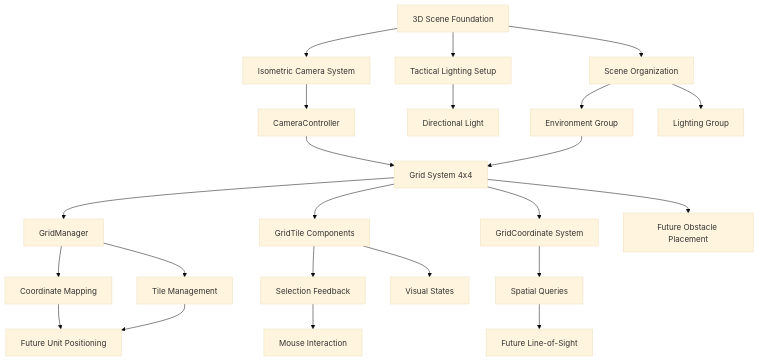
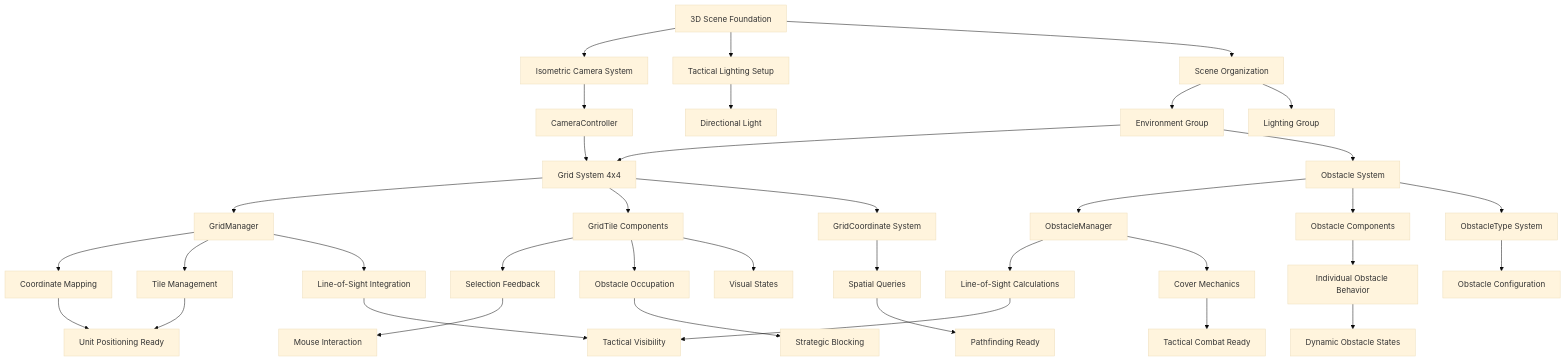
One commit to cautiouskurns/TacticalArena changed the diagram in Assets/Docs/ProjectOverview.md. Above: the diagram before and after it, drawn with Mermaid (base theme). The commit also changed other lines of this file and 94 other files, not shown here.

````diff
--- a/Assets/Docs/ProjectOverview.md
+++ b/Assets/Docs/ProjectOverview.md
@@ -24,25 +30,39 @@
 ```mermaid
 graph TD
     A[3D Scene Foundation] --> B[Isometric Camera System]
     A --> C[Tactical Lighting Setup]
     A --> D[Scene Organization]
     B --> E[CameraController]
     C --> F[Directional Light]
     D --> G[Environment Group]
     D --> H[Lighting Group]
     E --> I[Grid System 4x4]
     G --> I
     I --> J[GridManager]
     I --> K[GridTile Components]
     I --> L[GridCoordinate System]
-    J --> M[Coordinate Mapping]
-    J --> N[Tile Management]
-    K --> O[Selection Feedback]
-    K --> P[Visual States]
-    L --> Q[Spatial Queries]
-    M --> R[Future Unit Positioning]
-    N --> R
-    O --> S[Mouse Interaction]
-    Q --> T[Future Line-of-Sight]
-    I --> U[Future Obstacle Placement]
+    G --> M[Obstacle System]
+    M --> N[ObstacleManager]
+    M --> O[Obstacle Components]
+    M --> P[ObstacleType System]
+    J --> Q[Coordinate Mapping]
+    J --> R[Tile Management]
+    J --> S[Line-of-Sight Integration]
+    K --> T[Selection Feedback]
+    K --> U[Obstacle Occupation]
+    K --> V[Visual States]
+    L --> W[Spatial Queries]
+    N --> X[Line-of-Sight Calculations]
+    N --> Y[Cover Mechanics]
+    O --> Z[Individual Obstacle Behavior]
+    P --> AA[Obstacle Configuration]
+    Q --> BB[Unit Positioning Ready]
+    R --> BB
+    S --> CC[Tactical Visibility]
+    T --> DD[Mouse Interaction]
+    U --> EE[Strategic Blocking]
+    W --> FF[Pathfinding Ready]
+    X --> CC
+    Y --> GG[Tactical Combat Ready]
+    Z --> HH[Dynamic Obstacle States]
 ```
````
